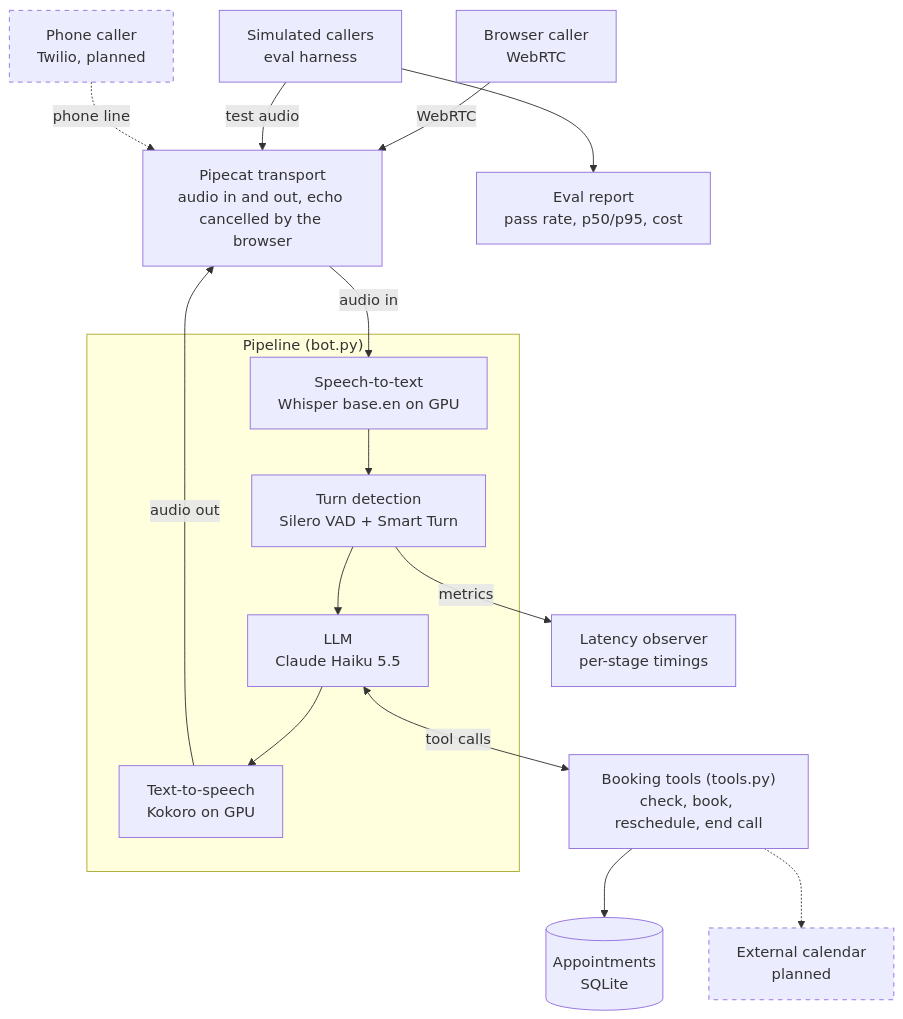
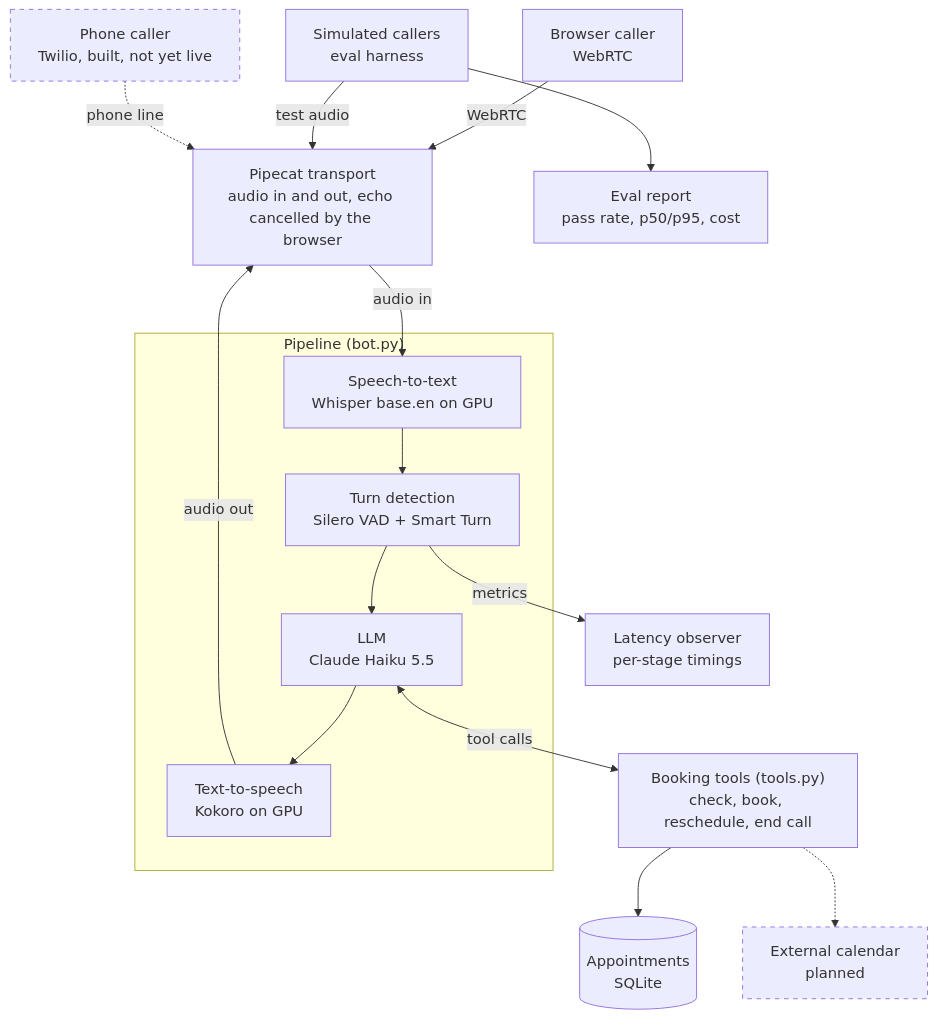
The first of 9 diagrams in README.md (captflag/AI-Voice-), drawn with Mermaid before and after one commit. The commit also changed other lines of this file and 2 other files, not shown here.

First line of the commit message:
Phase 4b: take phone calls through Twilio

````diff
--- a/README.md
+++ b/README.md
@@ -18,35 +18,35 @@
 ```mermaid
 flowchart TB
     browser["Browser caller<br/>WebRTC"]
     sim["Simulated callers<br/>eval harness"]
-    phone["Phone caller<br/>Twilio, planned"]:::planned
+    phone["Phone caller<br/>Twilio, built, not yet live"]:::planned
 
     transport["Pipecat transport<br/>audio in and out, echo cancelled by the browser"]
 
     subgraph pipeline["Pipeline (bot.py)"]
         stt["Speech-to-text<br/>Whisper base.en on GPU"]
         turn["Turn detection<br/>Silero VAD + Smart Turn"]
         llm["LLM<br/>Claude Haiku 5.5"]
         tts["Text-to-speech<br/>Kokoro on GPU"]
         stt --> turn --> llm --> tts
     end
 
     tools["Booking tools (tools.py)<br/>check, book, reschedule, end call"]
     db[("Appointments<br/>SQLite")]
     calendar["External calendar<br/>planned"]:::planned
     observer["Latency observer<br/>per-stage timings"]
     report["Eval report<br/>pass rate, p50/p95, cost"]
 
     browser -->|WebRTC| transport
     sim -->|test audio| transport
     phone -.->|phone line| transport
     transport -->|audio in| stt
     tts -->|audio out| transport
     llm <-->|tool calls| tools
     tools --> db
     tools -.-> calendar
     turn -->|metrics| observer
     sim --> report
 
     classDef planned stroke-dasharray: 5 5
 ```
````
